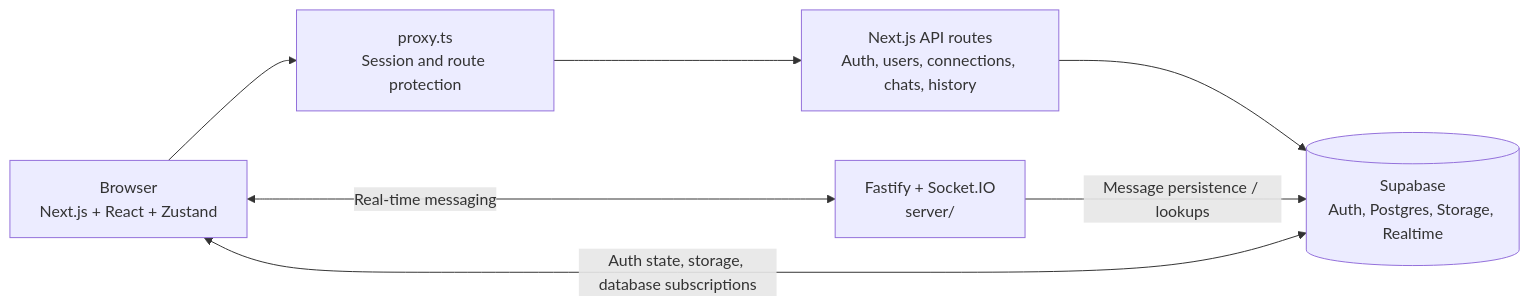
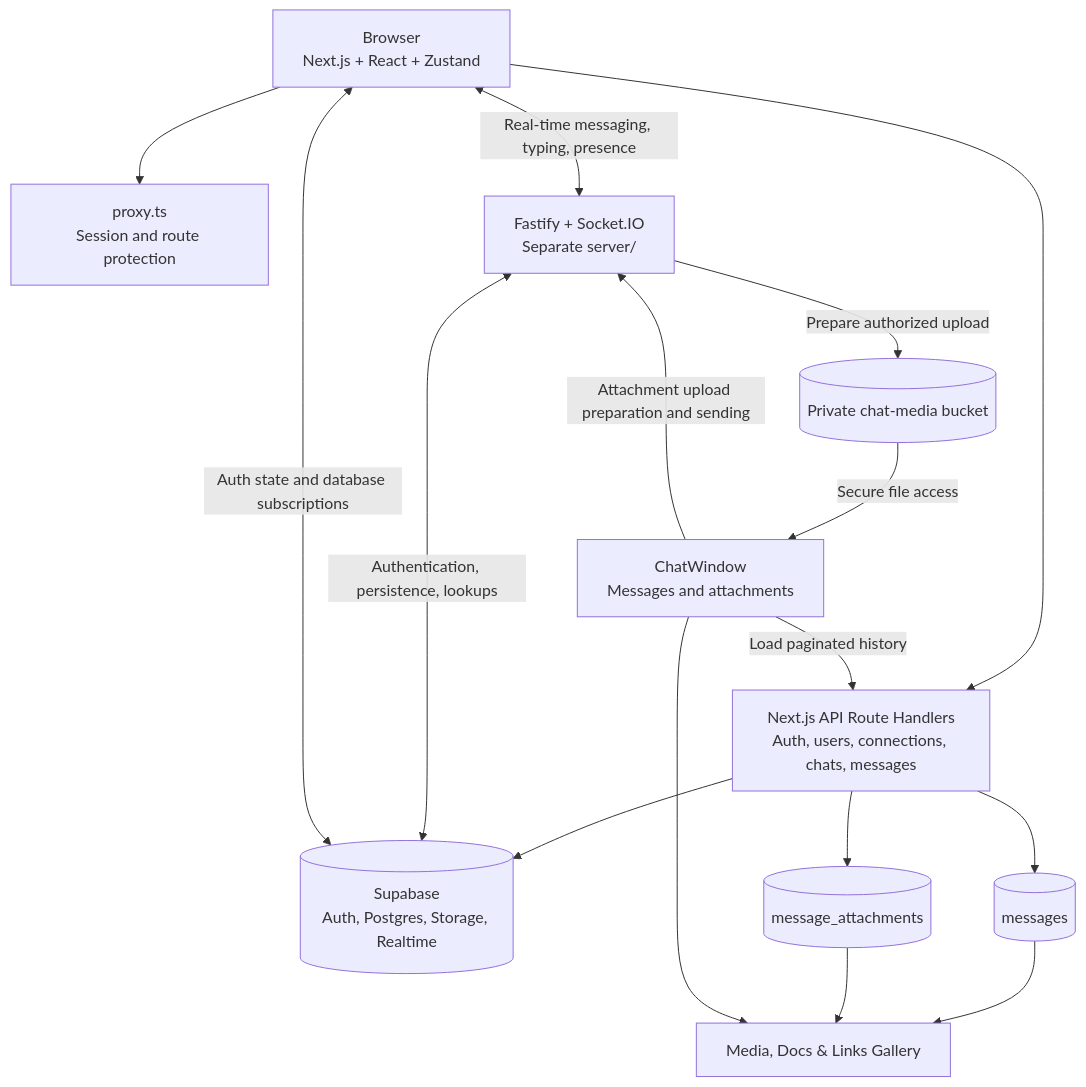
One commit to AdityaSingh-18/webchat changed the diagram in README.md. Above: the diagram before and after it, drawn with Mermaid. The commit also changed other lines of this file and 5 other files, not shown here.

Commit message:
feat: added media gallery and count in user details and link detection in messages

````diff
--- a/README.md
+++ b/README.md
@@ -245,15 +283,33 @@
 ```mermaid
-flowchart LR
+flowchart TD
     B["Browser<br/>Next.js + React + Zustand"]
     P["proxy.ts<br/>Session and route protection"]
-    A["Next.js API routes<br/>Auth, users, connections, chats, history"]
-    W["Fastify + Socket.IO<br/>server/"]
+    A["Next.js API Route Handlers<br/>Auth, users, connections, chats, messages"]
+    W["Fastify + Socket.IO<br/>Separate server/"]
+    C["ChatWindow<br/>Messages and attachments"]
+    G["Media, Docs & Links Gallery"]
     S[("Supabase<br/>Auth, Postgres, Storage, Realtime")]
+    M[("messages")]
+    D[("message_attachments")]
+    F[("Private chat-media bucket")]
 
     B --> P
-    P --> A
+    B --> A
     A --> S
-    B <-->|"Real-time messaging"| W
-    W -->|"Message persistence / lookups"| S
-    B <-->|"Auth state, storage, database subscriptions"| S
+
+    B <--> |"Real-time messaging, typing, presence"| W
+    W <--> |"Authentication, persistence, lookups"| S
+
+    C --> |"Load paginated history"| A
+    A --> M
+    A --> D
+
+    C --> |"Attachment upload preparation and sending"| W
+    W --> |"Prepare authorized upload"| F
+    F --> |"Secure file access"| C
+
+    M --> G
+    D --> G
+    C --> G
+    S <--> |"Auth state and database subscriptions"| B
 ```
````
